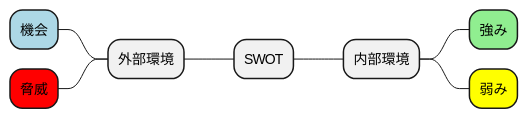
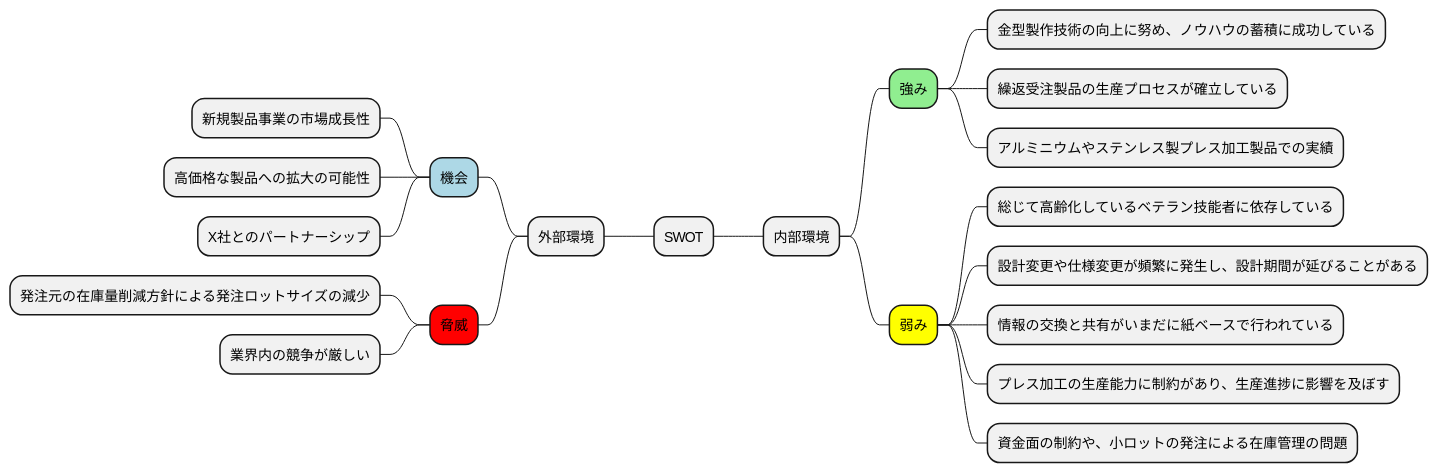
The third of 16 diagrams in docs/case/r04_case_3.adoc (k2works/case-sutudy-business-analysis), drawn with PlantUML before and after one commit. The commit also changed other lines of this file and 2 other files, not shown here.

```diff
--- a/docs/case/r04_case_3.adoc
+++ b/docs/case/r04_case_3.adoc
@@ -114,15 +148,28 @@
 [plantuml]
 ----
 @startmindmap
 
 * SWOT
 ** 内部環境
 ***[#lightgreen] 強み
+**** 金型製作技術の向上に努め、ノウハウの蓄積に成功している
+**** 繰返受注製品の生産プロセスが確立している
+**** アルミニウムやステンレス製プレス加工製品での実績
 ***[#yellow] 弱み
+**** 総じて高齢化しているベテラン技能者に依存している
+**** 設計変更や仕様変更が頻繁に発生し、設計期間が延びることがある
+**** 情報の交換と共有がいまだに紙ベースで行われている
+**** プレス加工の生産能力に制約があり、生産進捗に影響を及ぼす
+**** 資金面の制約や、小ロットの発注による在庫管理の問題
 left side
 ** 外部環境
 ***[#lightblue] 機会
+**** 新規製品事業の市場成長性
+**** 高価格な製品への拡大の可能性
+**** X社とのパートナーシップ
 ***[#red] 脅威
+**** 発注元の在庫量削減方針による発注ロットサイズの減少
+**** 業界内の競争が厳しい
 
 @endmindmap
 ----
```
